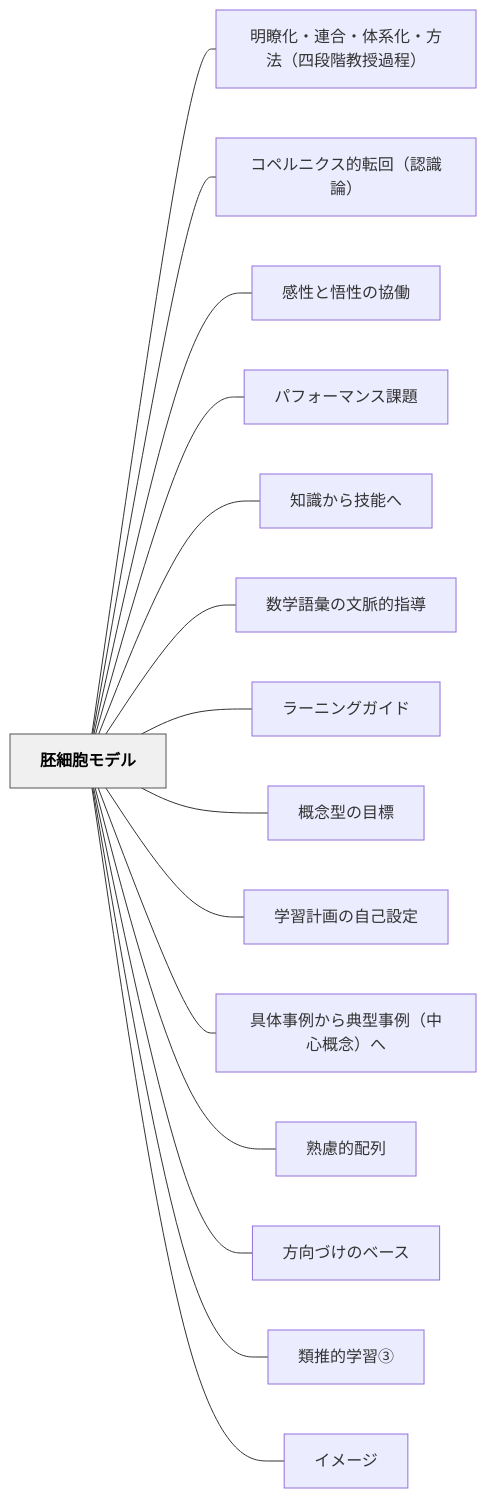
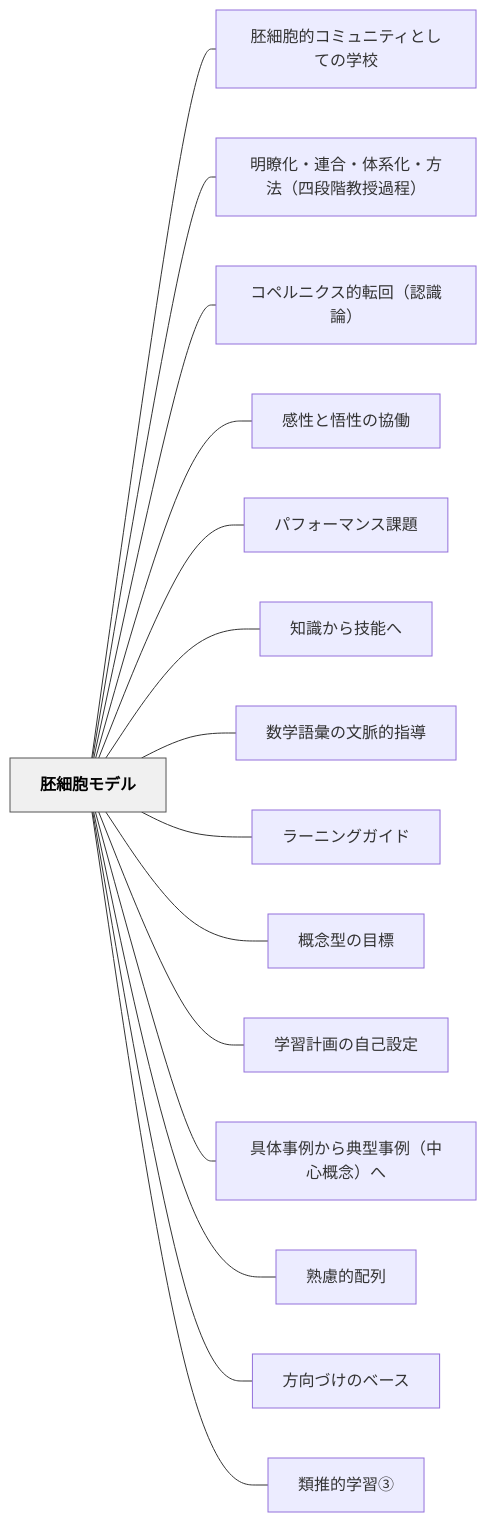
Before and after one commit to unknownthings-ed-patterns/unknownthings-ed-patterns: the diagram in content/パタン/胚細胞モデル.md, drawn with Mermaid. The commit also changed other lines of this file and 185 other files, not shown here.

````diff
--- a/content/パタン/胚細胞モデル.md
+++ b/content/パタン/胚細胞モデル.md
@@ -168,36 +169,36 @@
 ```mermaid
 flowchart LR
     ne8839ae7b4b0e8839ee383a2e38387e383ab["胚細胞モデル"]
+    ne8839ae7b4b0e8839ee79a84e382b3e3839fe383a5e3838be38386e382a3e381a8e38197e381a6e381aee5ada6e6a0a1["胚細胞的コミュニティとしての学校"]
     ne6988ee79eade58c96e383bbe980a3e59088e383bbe4bd93e7b3bbe58c96e383bbe696b9e6b395efbc88e59b9be6aeb5e99a8ee69599e68e88e9818ee7a88befbc89["明瞭化・連合・体系化・方法（四段階教授過程）"]
     ne382b3e3839ae383abe3838be382afe382b9e79a84e8bba2e59b9eefbc88e8aa8de8ad98e8ab96efbc89["コペルニクス的転回（認識論）"]
     ne6849fe680a7e381a8e6829fe680a7e381aee58d94e5838d["感性と悟性の協働"]
     ne38391e38395e382a9e383bce3839ee383b3e382b9e8aab2e9a18c["パフォーマンス課題"]
     ne79fa5e8ad98e3818be38289e68a80e883bde381b8["知識から技能へ"]
     ne695b0e5ada6e8aa9ee5bd99e381aee69687e88488e79a84e68c87e5b08e["数学語彙の文脈的指導"]
     ne383a9e383bce3838be383b3e382b0e382ace382a4e38389["ラーニングガイド"]
     ne6a682e5bfb5e59e8be381aee79baee6a899["概念型の目標"]
     ne5ada6e7bf92e8a888e794bbe381aee887aae5b7b1e8a8ade5ae9a["学習計画の自己設定"]
     ne585b7e4bd93e4ba8be4be8be3818be38289e585b8e59e8be4ba8be4be8befbc88e4b8ade5bf83e6a682e5bfb5efbc89e381b8["具体事例から典型事例（中心概念）へ"]
     ne7869fe685aee79a84e9858de58897["熟慮的配列"]
     ne696b9e59091e381a5e38191e381aee38399e383bce382b9["方向づけのベース"]
     ne9a19ee68ea8e79a84e5ada6e7bf92e291a2["類推的学習③"]
-    ne382a4e383a1e383bce382b8["イメージ"]
 
+    ne8839ae7b4b0e8839ee383a2e38387e383ab --- ne8839ae7b4b0e8839ee79a84e382b3e3839fe383a5e3838be38386e382a3e381a8e38197e381a6e381aee5ada6e6a0a1
     ne8839ae7b4b0e8839ee383a2e38387e383ab --- ne6988ee79eade58c96e383bbe980a3e59088e383bbe4bd93e7b3bbe58c96e383bbe696b9e6b395efbc88e59b9be6aeb5e99a8ee69599e68e88e9818ee7a88befbc89
     ne8839ae7b4b0e8839ee383a2e38387e383ab --- ne382b3e3839ae383abe3838be382afe382b9e79a84e8bba2e59b9eefbc88e8aa8de8ad98e8ab96efbc89
     ne8839ae7b4b0e8839ee383a2e38387e383ab --- ne6849fe680a7e381a8e6829fe680a7e381aee58d94e5838d
     ne8839ae7b4b0e8839ee383a2e38387e383ab --- ne38391e38395e382a9e383bce3839ee383b3e382b9e8aab2e9a18c
     ne8839ae7b4b0e8839ee383a2e38387e383ab --- ne79fa5e8ad98e3818be38289e68a80e883bde381b8
     ne8839ae7b4b0e8839ee383a2e38387e383ab --- ne695b0e5ada6e8aa9ee5bd99e381aee69687e88488e79a84e68c87e5b08e
     ne8839ae7b4b0e8839ee383a2e38387e383ab --- ne383a9e383bce3838be383b3e382b0e382ace382a4e38389
     ne8839ae7b4b0e8839ee383a2e38387e383ab --- ne6a682e5bfb5e59e8be381aee79baee6a899
     ne8839ae7b4b0e8839ee383a2e38387e383ab --- ne5ada6e7bf92e8a888e794bbe381aee887aae5b7b1e8a8ade5ae9a
     ne8839ae7b4b0e8839ee383a2e38387e383ab --- ne585b7e4bd93e4ba8be4be8be3818be38289e585b8e59e8be4ba8be4be8befbc88e4b8ade5bf83e6a682e5bfb5efbc89e381b8
     ne8839ae7b4b0e8839ee383a2e38387e383ab --- ne7869fe685aee79a84e9858de58897
     ne8839ae7b4b0e8839ee383a2e38387e383ab --- ne696b9e59091e381a5e38191e381aee38399e383bce382b9
     ne8839ae7b4b0e8839ee383a2e38387e383ab --- ne9a19ee68ea8e79a84e5ada6e7bf92e291a2
-    ne8839ae7b4b0e8839ee383a2e38387e383ab --- ne382a4e383a1e383bce382b8
 
     classDef hub fill:#f0f0f0,stroke:#555,color:#000,font-weight:bold
     class ne8839ae7b4b0e8839ee383a2e38387e383ab hub
 ```
````
